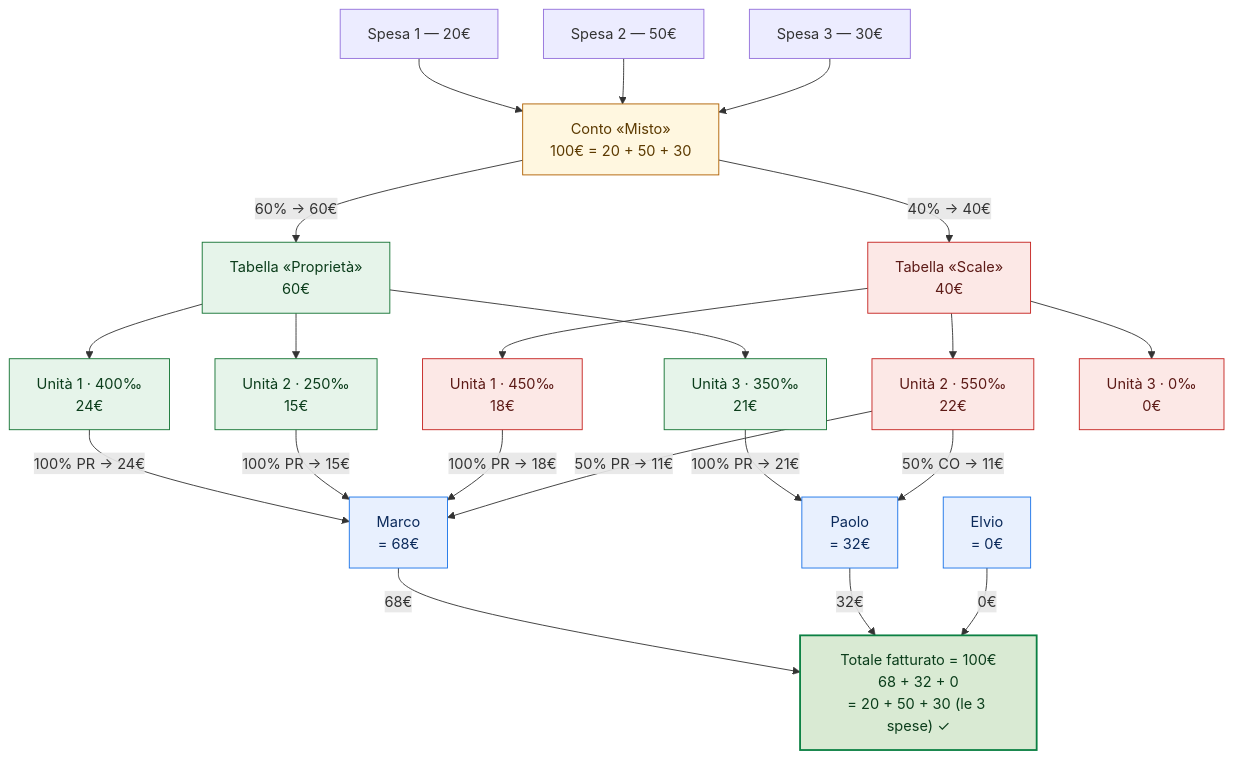
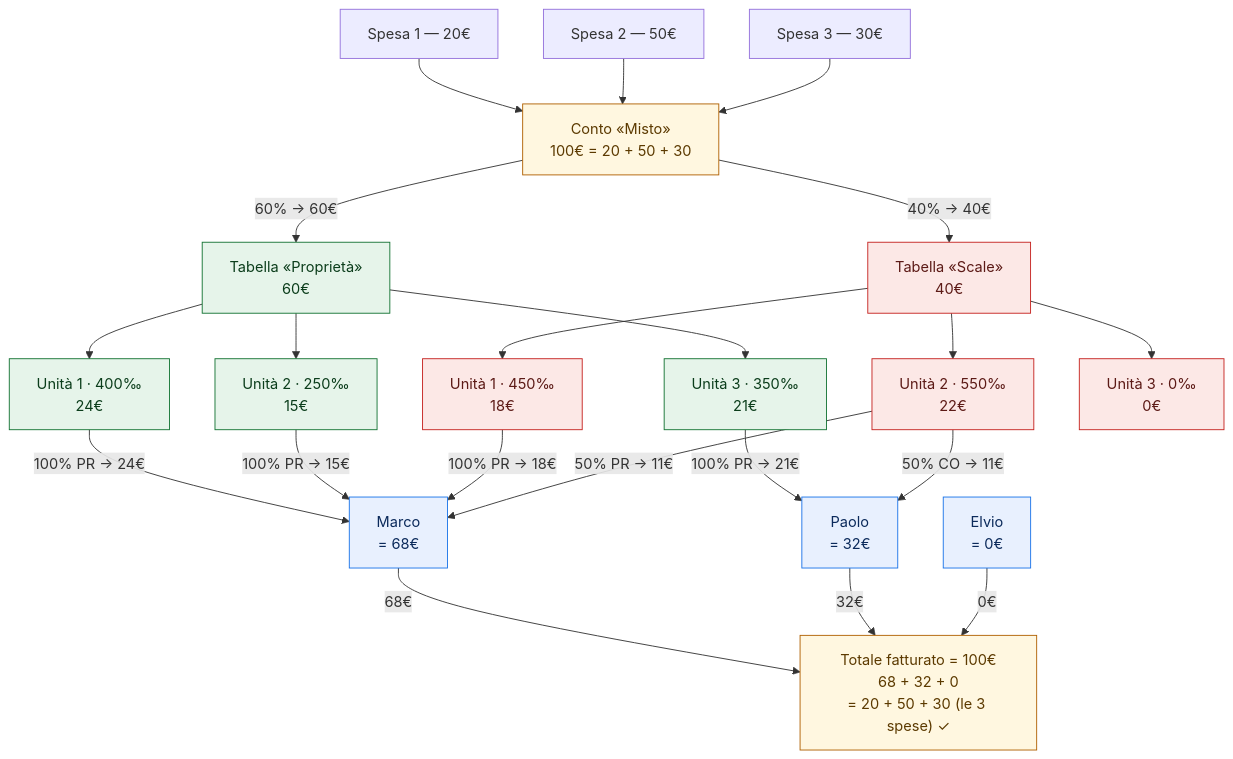
The seventh of 7 diagrams in docs/domain/accounting-and-distribution.md (bettersoftware-io/condo-ledger), drawn with Mermaid before and after one commit. The commit also changed 1 other file, not shown here.

Commit message:
docs(domain): style Totale fatturato like Conto Misto to stress the totals match
Both the input account (Conto Misto, 100€) and the output total (Totale fatturato,
100€) now use the same amber 'acct' style, visually reinforcing that they are the
same amount entering and leaving.

````diff
--- a/docs/domain/accounting-and-distribution.md
+++ b/docs/domain/accounting-and-distribution.md
@@ -291,47 +291,45 @@
 ```mermaid
 flowchart TD
   E1["Spesa 1 — 20€"]
   E2["Spesa 2 — 50€"]
   E3["Spesa 3 — 30€"]
   M["Conto «Misto»<br/>100€ = 20 + 50 + 30"]
   E1 --> M
   E2 --> M
   E3 --> M
 
   M -->|"60% → 60€"| P["Tabella «Proprietà»<br/>60€"]
   M -->|"40% → 40€"| S["Tabella «Scale»<br/>40€"]
 
   P --> PU1["Unità 1 · 400‰<br/>24€"]
   P --> PU2["Unità 2 · 250‰<br/>15€"]
   P --> PU3["Unità 3 · 350‰<br/>21€"]
   S --> SU1["Unità 1 · 450‰<br/>18€"]
   S --> SU2["Unità 2 · 550‰<br/>22€"]
   S --> SU3["Unità 3 · 0‰<br/>0€"]
 
   PU1 -->|"100% PR → 24€"| MARCO
   PU2 -->|"100% PR → 15€"| MARCO
   PU3 -->|"100% PR → 21€"| PAOLO
   SU1 -->|"100% PR → 18€"| MARCO
   SU2 -->|"50% PR → 11€"| MARCO
   SU2 -->|"50% CO → 11€"| PAOLO
 
   MARCO["Marco<br/>= 68€"]
   PAOLO["Paolo<br/>= 32€"]
   ELVIO["Elvio<br/>= 0€"]
 
   MARCO -->|"68€"| TOT
   PAOLO -->|"32€"| TOT
   ELVIO -->|"0€"| TOT
   TOT["Totale fatturato = 100€<br/>68 + 32 + 0<br/>= 20 + 50 + 30 (le 3 spese) ✓"]
 
   classDef prop fill:#e6f4ea,stroke:#137333,color:#0b3d1b;
   classDef scale fill:#fce8e6,stroke:#c5221f,color:#5c1a16;
   classDef payer fill:#e8f0fe,stroke:#1a73e8,color:#0b2a5b;
   classDef acct fill:#fff7e0,stroke:#b06000,color:#5c3a00;
-  classDef total fill:#d9ead3,stroke:#0b8043,color:#0b3d1b,stroke-width:2px;
   class P,PU1,PU2,PU3 prop
   class S,SU1,SU2,SU3 scale
   class MARCO,PAOLO,ELVIO payer
-  class M acct
-  class TOT total
+  class M,TOT acct
 ```
````
